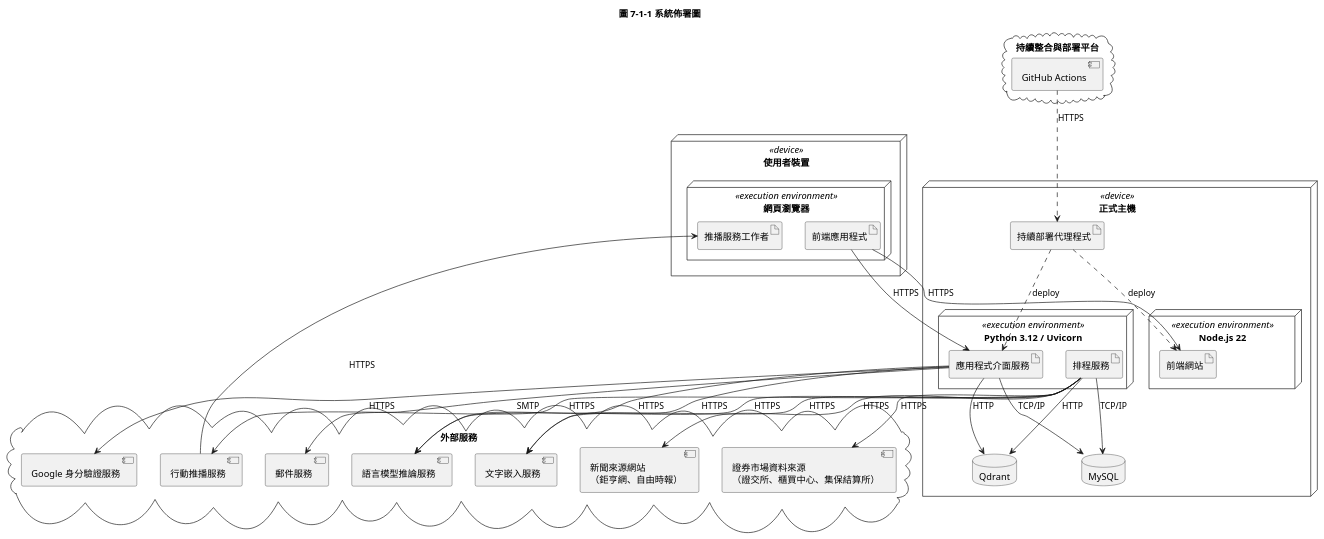
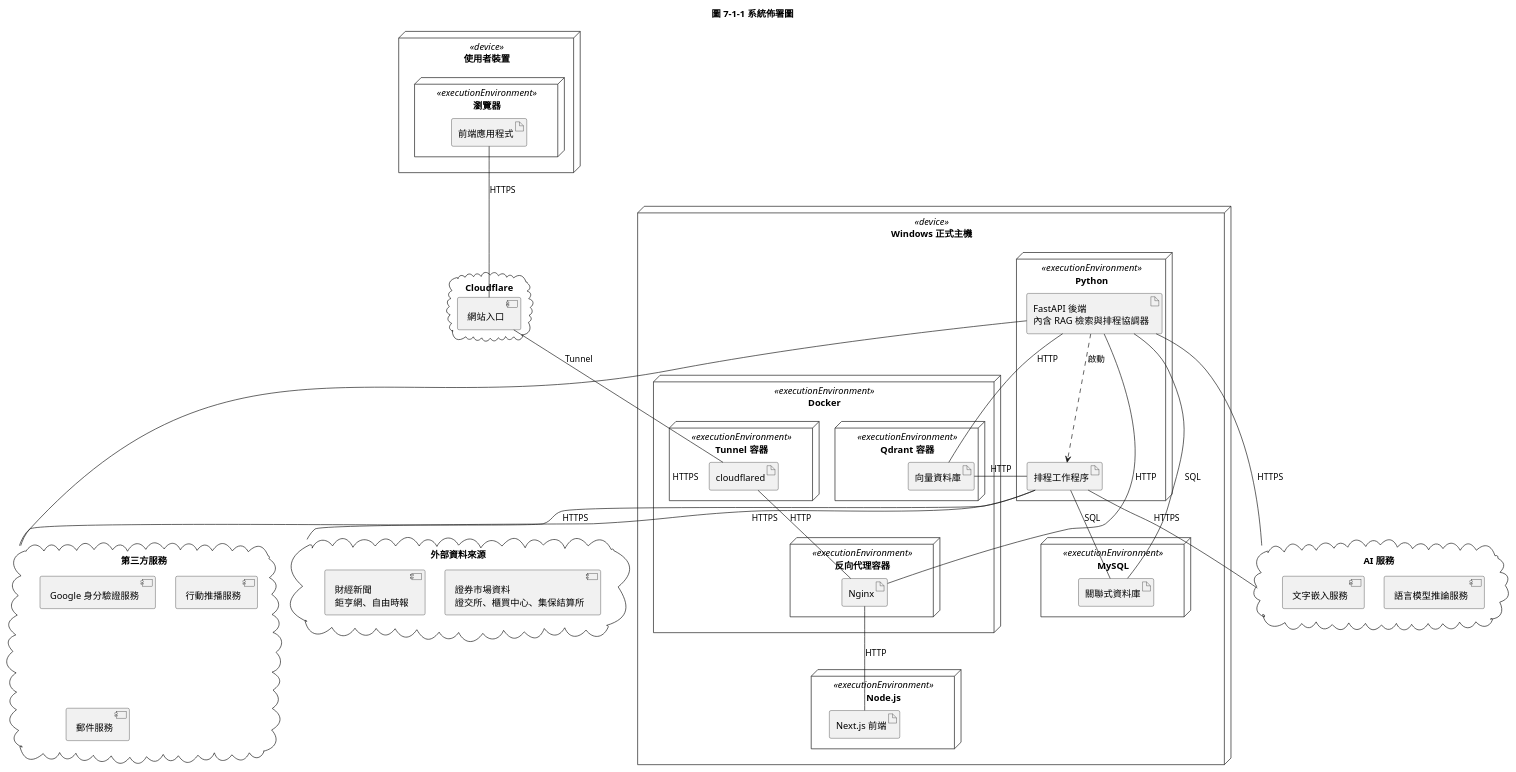
Before and after one commit to weeei001/115409: the diagram in docs/圖檔/Deployment Diagram.puml/Deployment Diagram.puml, drawn with PlantUML. The commit also changed 1 other file, not shown here.

````diff
--- a/docs/圖檔/Deployment Diagram.puml/Deployment Diagram.puml
+++ b/docs/圖檔/Deployment Diagram.puml/Deployment Diagram.puml
@@ -1,65 +1,77 @@
-@startuml
+```@startuml
 title 圖 7-1-1 系統佈署圖
 
 skinparam defaultFontName "標楷體"
-skinparam nodesep 35
-skinparam ranksep 60
+skinparam nodesep 30
+skinparam ranksep 55
 
 node "使用者裝置" <<device>> as client {
-  node "網頁瀏覽器" <<execution environment>> as browser {
-    artifact "前端應用程式" as ui
-    artifact "推播服務工作者" as sw
+  node "瀏覽器" <<executionEnvironment>> as browser {
+    artifact "前端應用程式" as spa
   }
 }
 
-node "正式主機" <<device>> as host {
-  node "Node.js 22" <<execution environment>> as nodert {
-    artifact "前端網站" as web
-  }
-  node "Python 3.12 / Uvicorn" <<execution environment>> as pyrt {
-    artifact "應用程式介面服務" as api
-    artifact "排程服務" as jobs
-  }
-  database "MySQL" as mysql
-  database "Qdrant" as qdrant
-  artifact "持續部署代理程式" as runner
+cloud "Cloudflare" as cf {
+  component "網站入口" as cfedge
 }
 
-cloud "外部服務" as ext {
+node "Windows 正式主機" <<device>> as host {
+  node "Docker" <<executionEnvironment>> as docker {
+    node "Tunnel 容器" <<executionEnvironment>> as tunnelc {
+      artifact "cloudflared" as cloudflared
+    }
+    node "反向代理容器" <<executionEnvironment>> as proxyc {
+      artifact "Nginx" as nginx
+    }
+    node "Qdrant 容器" <<executionEnvironment>> as qdrantc {
+      artifact "向量資料庫" as qdrant
+    }
+  }
+  node "Node.js" <<executionEnvironment>> as nodert {
+    artifact "Next.js 前端" as web
+  }
+  node "Python" <<executionEnvironment>> as pyrt {
+    artifact "FastAPI 後端\n內含 RAG 檢索與排程協調器" as api
+    artifact "排程工作程序" as jobs
+  }
+  node "MySQL" <<executionEnvironment>> as mysqlrt {
+    artifact "關聯式資料庫" as mysql
+  }
+}
+
+cloud "AI 服務" as extai {
   component "語言模型推論服務" as llm
   component "文字嵌入服務" as embed
+}
+
+cloud "第三方服務" as extsvc {
   component "Google 身分驗證服務" as google
   component "行動推播服務" as fcm
   component "郵件服務" as smtp
-  component "證券市場資料來源\n（證交所、櫃買中心、集保結算所）" as market
-  component "新聞來源網站\n（鉅亨網、自由時報）" as news
 }
 
-cloud "持續整合與部署平台" as gh {
-  component "GitHub Actions" as ci
+cloud "外部資料來源" as extdata {
+  component "證券市場資料\n證交所、櫃買中心、集保結算所" as market
+  component "財經新聞\n鉅亨網、自由時報" as news
 }
 
-ui --> web : «HTTPS»
-ui --> api : «HTTPS»
-fcm --> sw : «HTTPS»
+spa -- cfedge : «HTTPS»
+cfedge -- cloudflared : «Tunnel»
+cloudflared -- nginx : «HTTP»
+nginx -- web : «HTTP»
+nginx -- api : «HTTP»
 
-api --> mysql : «TCP/IP»
-api --> qdrant : «HTTP»
-api --> llm : «HTTPS»
-api --> embed : «HTTPS»
-api --> google : «HTTPS»
-api --> smtp : «SMTP»
+api ..> jobs : «啟動»
 
-jobs --> mysql : «TCP/IP»
-jobs --> qdrant : «HTTP»
-jobs --> llm : «HTTPS»
-jobs --> embed : «HTTPS»
-jobs --> market : «HTTPS»
-jobs --> news : «HTTPS»
-jobs --> fcm : «HTTPS»
+api -- qdrant : «HTTP»
+api -- mysql : «SQL»
+api -- extai : «HTTPS»
+api -- extsvc : «HTTPS»
 
-ci ..> runner : «HTTPS»
-runner ..> web : «deploy»
-runner ..> api : «deploy»
+jobs -- qdrant : «HTTP»
+jobs -- mysql : «SQL»
+jobs -- extai : «HTTPS»
+jobs -- extsvc : «HTTPS»
+jobs -- extdata : «HTTPS»
 
-@enduml
+@enduml```
````
